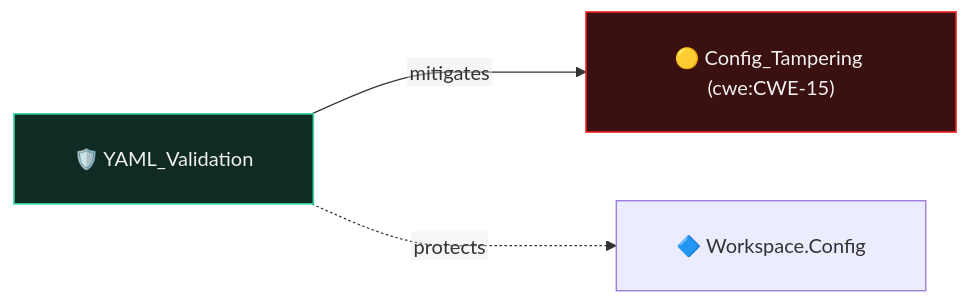
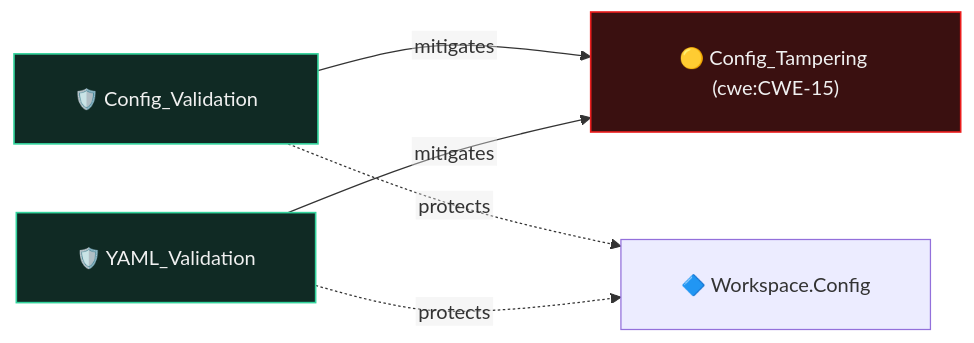
The diagram in .guardlink/graph/by-asset/workspace-config.threats.mmd (Bugb-Technologies/guardlink), drawn with Mermaid before and after one commit. The commit also changed 81 other files, not shown here.

Commit message:
Fix flat workspace references, member validation and scoped parsing

```diff
--- a/.guardlink/graph/by-asset/workspace-config.threats.mmd
+++ b/.guardlink/graph/by-asset/workspace-config.threats.mmd
@@ -1,20 +1,23 @@
 %% GENERATED FILE — do not edit. Regenerate with: guardlink artifacts .
 %% artifact:        by-asset/workspace-config.threats.mmd
 %% scope:           PARTIAL — #workspace-config only — its own threats and controls
-%% annotation_hash: sha256-v3:5e2636010a3c2c8308f452d1706ad4cedd96ee30bd2a04732f64cd6618e50673
+%% annotation_hash: sha256-v3:82bd4d4c6e8d0d0f6d158221e0571dd1545c5b391e0e8eda9da2a5a11867eedc
 %% generator:       guardlink@2.6.0
 %% ---
 %% This diagram is derived from the annotations in this repository. If
 %% annotation_hash above differs from what `guardlink status .` reports, the
 %% diagram is STALE — regenerate rather than trusting it.
 %% When it was generated and at which commit: ask git. Those move for reasons
 %% unrelated to the diagram, so they are reported at emission time, not stored.
 %%{init: {"flowchart": {"nodeSpacing": 55, "rankSpacing": 150, "curve": "monotoneX", "htmlLabels": false, "padding": 24}}}%%
 graph LR
   workspace_config["🔷 Workspace.Config"]
   config_tamper["🟡 Config_Tampering (cwe:CWE-15)"]:::threat
+  config_validation["🛡️ Config_Validation"]:::control
   yaml_validation["🛡️ YAML_Validation"]:::control
+  config_validation -- mitigates --> config_tamper
+  config_validation -. protects .-> workspace_config
   yaml_validation -- mitigates --> config_tamper
   yaml_validation -. protects .-> workspace_config
   classDef threat fill:#3a1010,stroke:#ea1d1d,color:#f0f0f0,stroke-width:1.3px
   classDef control fill:#102a24,stroke:#33d49d,color:#f0f0f0,stroke-width:1.3px
```
